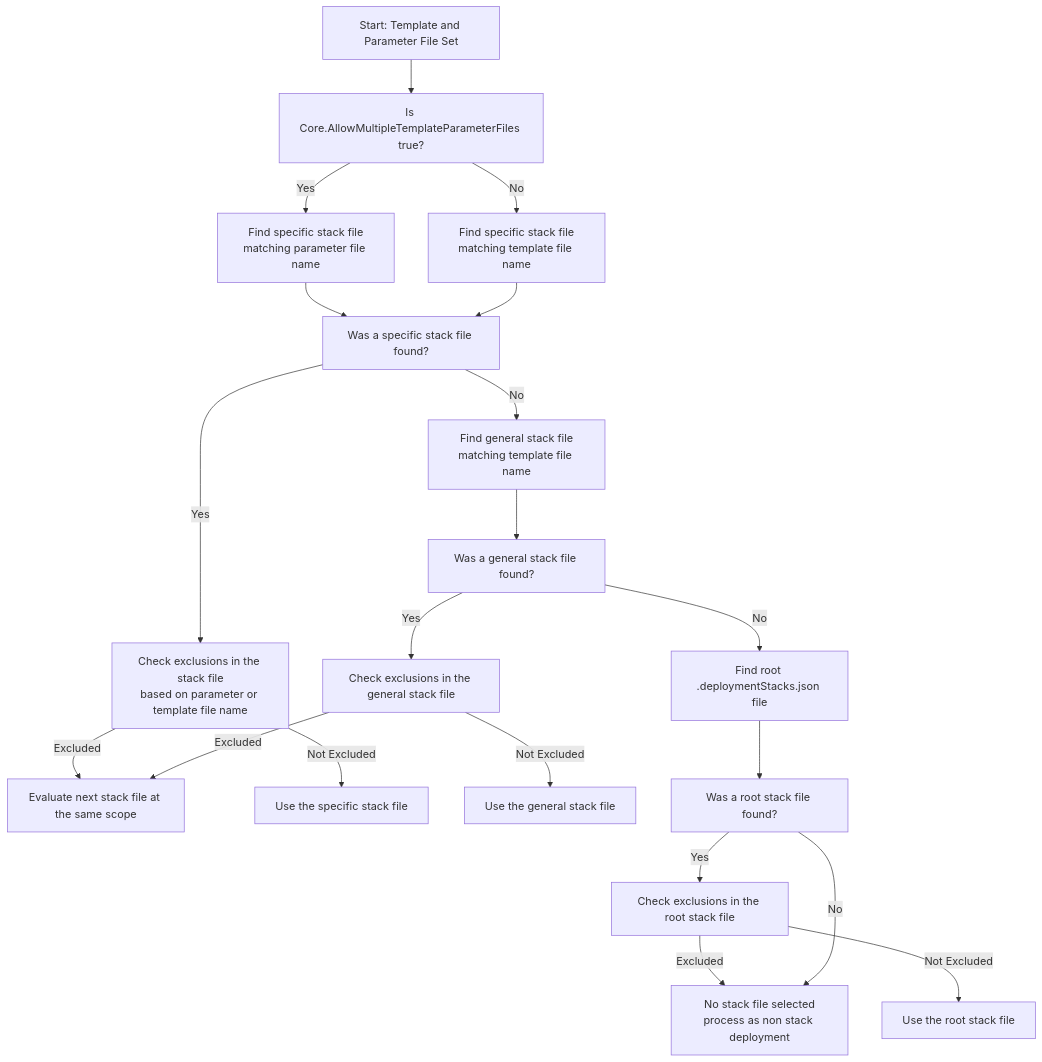
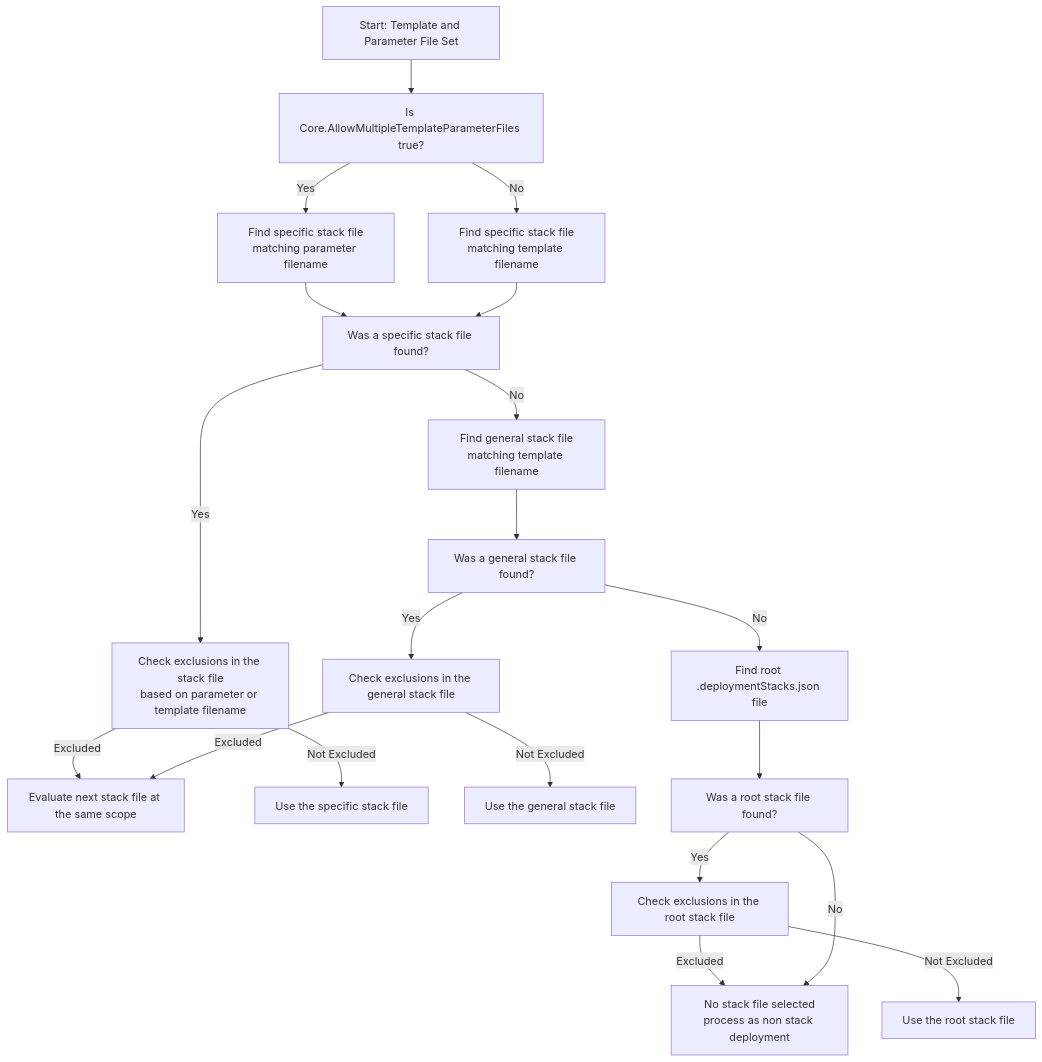
One commit to Azure/AzOps changed the second of 2 diagrams in docs/wiki/DeploymentStacks.md. Above: the diagram before and after it, drawn with Mermaid. The commit also changed other lines of this file, not shown here.

````diff
--- a/docs/wiki/DeploymentStacks.md
+++ b/docs/wiki/DeploymentStacks.md
@@ -152,22 +152,22 @@
 ```mermaid
 flowchart TD
     A[Start: Template and Parameter File Set] --> B[Is Core.AllowMultipleTemplateParameterFiles true?]
-    B -- Yes --> C[Find specific stack file<br>matching parameter file name]
-    B -- No --> D[Find specific stack file<br>matching template file name]
+    B -- Yes --> C[Find specific stack file<br>matching parameter filename]
+    B -- No --> D[Find specific stack file<br>matching template filename]
     C --> E[Was a specific stack file found?]
     D --> E
-    E -- Yes --> F[Check exclusions in the stack file<br>based on parameter or template file name]
+    E -- Yes --> F[Check exclusions in the stack file<br>based on parameter or template filename]
     F -- Excluded --> G[Evaluate next stack file at the same scope]
     F -- Not Excluded --> H[Use the specific stack file]
-    E -- No --> I[Find general stack file<br>matching template file name]
+    E -- No --> I[Find general stack file<br>matching template filename]
     I --> J[Was a general stack file found?]
     J -- Yes --> K[Check exclusions in the general stack file]
     K -- Excluded --> G
     K -- Not Excluded --> L[Use the general stack file]
     J -- No --> M[Find root .deploymentStacks.json file]
     M --> N[Was a root stack file found?]
     N -- Yes --> O[Check exclusions in the root stack file]
     O -- Excluded --> Q[No stack file selected<br>process as non stack deployment]
     O -- Not Excluded --> P[Use the root stack file]
     N -- No --> Q
 ```
````
